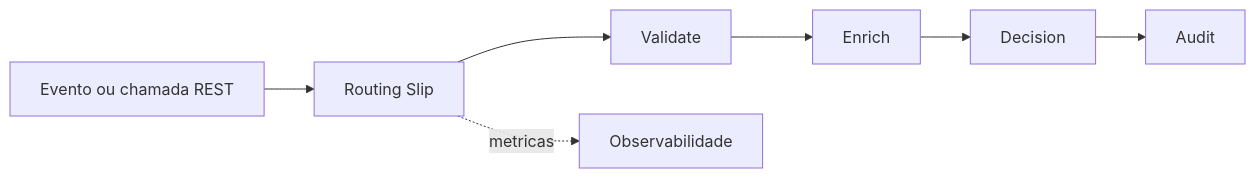
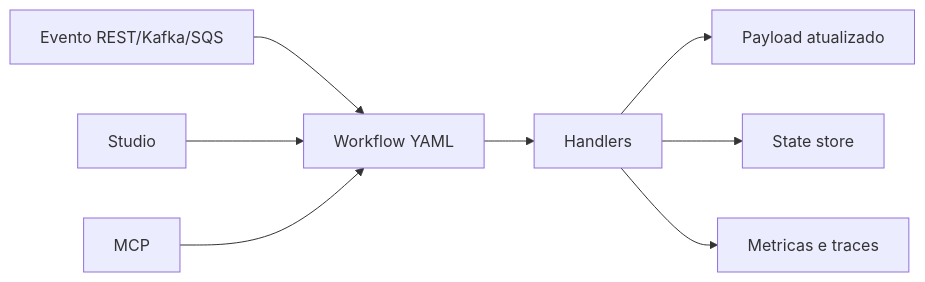
The diagram in studio/docs/content/01-introducao/01-visao-geral.md (raywall/routing-slip-pattern), drawn with Mermaid before and after one commit. The commit also changed other lines of this file and 33 other files, not shown here.

````diff
--- a/studio/docs/content/01-introducao/01-visao-geral.md
+++ b/studio/docs/content/01-introducao/01-visao-geral.md
@@ -14,9 +7,10 @@
 ```mermaid
 flowchart LR
-    A[Evento ou chamada REST] --> B[Routing Slip]
-    B --> C[Validate]
-    C --> D[Enrich]
-    D --> E[Decision]
-    E --> F[Audit]
-    B -. metricas .-> G[Observabilidade]
+  A[Evento REST/Kafka/SQS] --> B[Workflow YAML]
+  B --> C[Handlers]
+  C --> D[Payload atualizado]
+  C --> E[State store]
+  C --> F[Metricas e traces]
+  G[Studio] --> B
+  H[MCP] --> B
 ```
````
